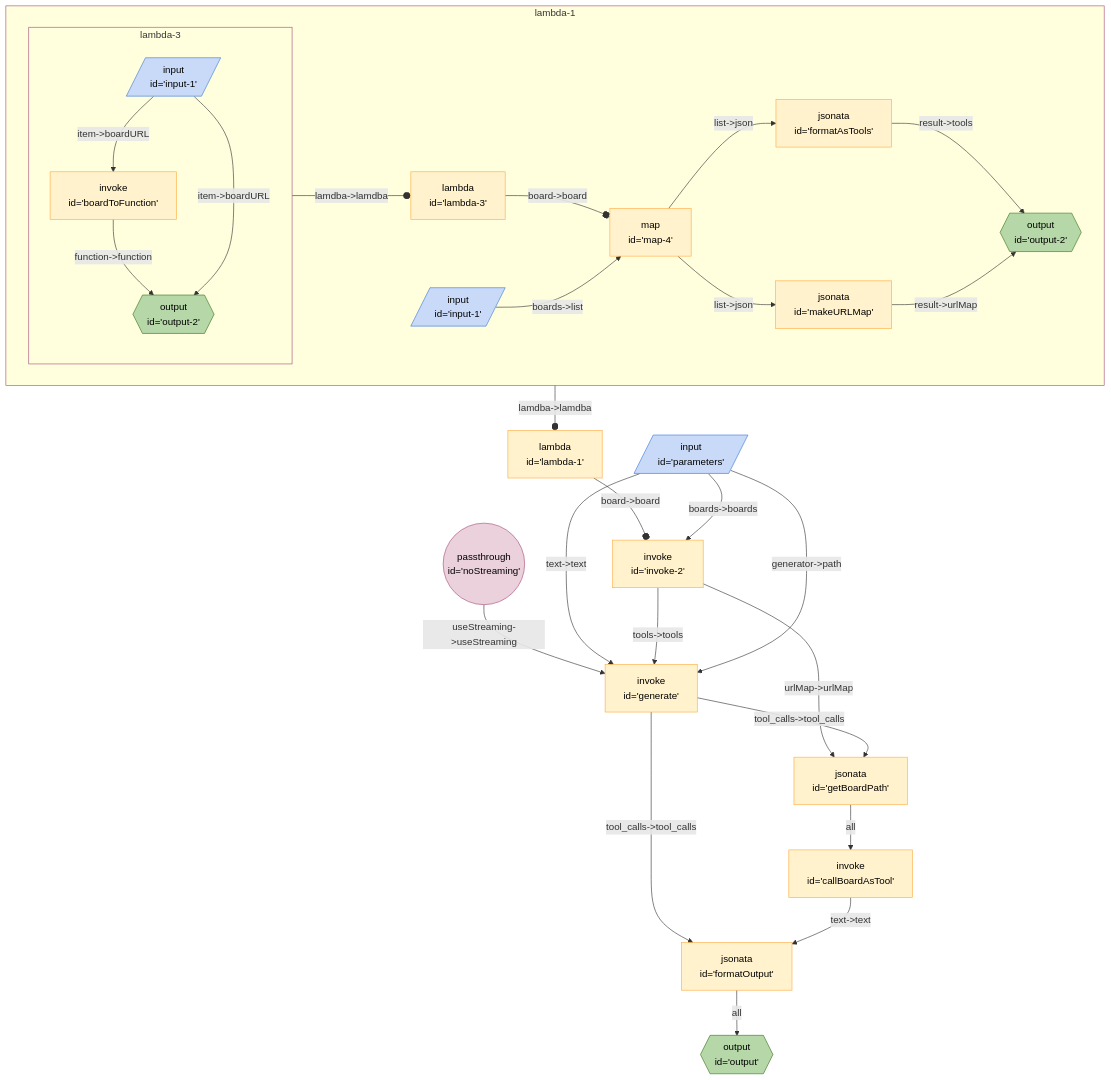
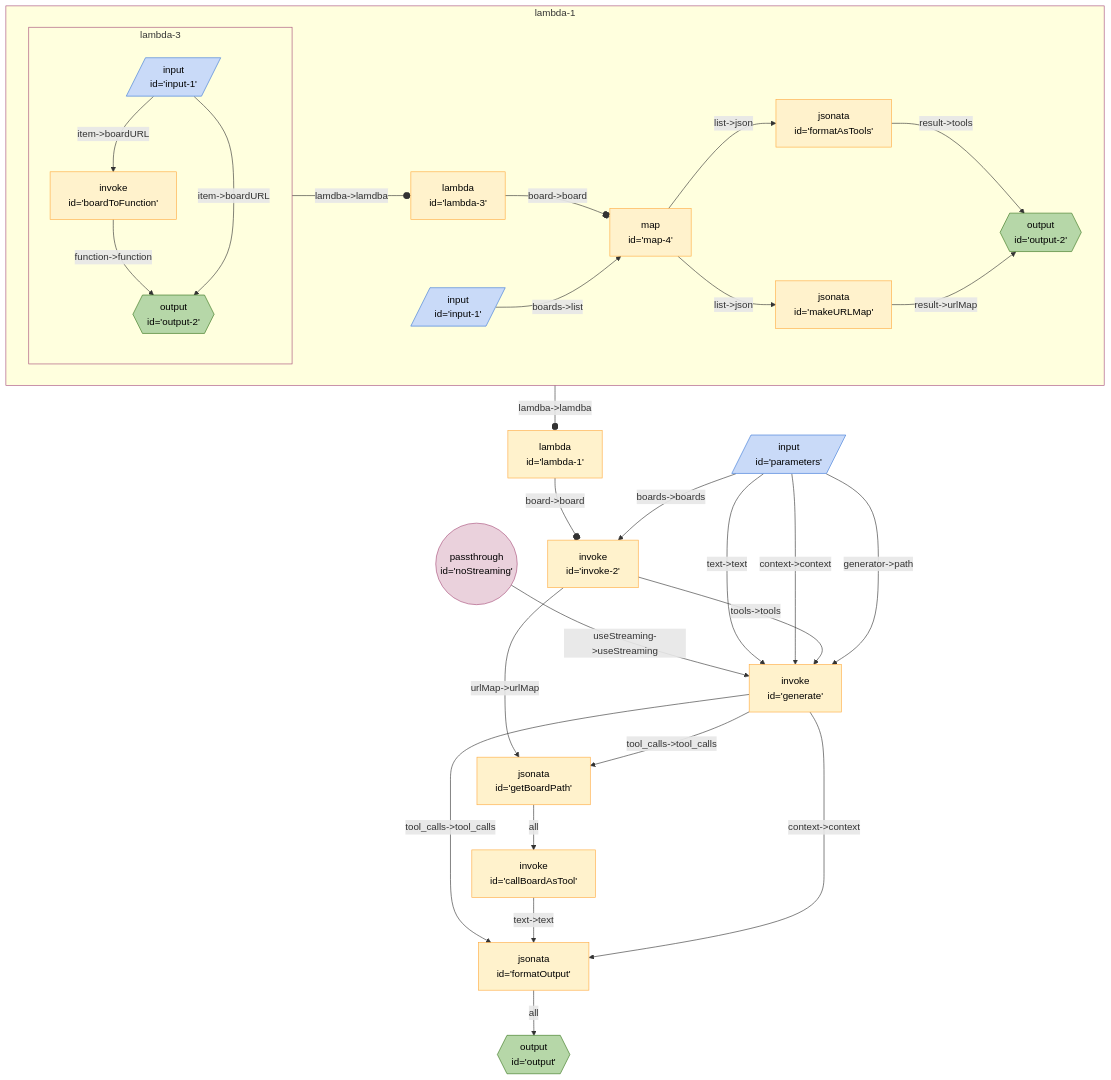
The diagram in seeds/breadboard-web/docs/graphs/board-caller.md (breadboard-ai/breadboard), drawn with Mermaid before and after one commit. The commit also changed 5 other files, not shown here.

````diff
--- a/seeds/breadboard-web/docs/graphs/board-caller.md
+++ b/seeds/breadboard-web/docs/graphs/board-caller.md
@@ -3,41 +3,43 @@
 ```mermaid
 %%{init: 'themeVariables': { 'fontFamily': 'Fira Code, monospace' }}%%
 graph TD;
 lambda1["lambda <br> id='lambda-1'"] -- "board->board" --o invoke2["invoke <br> id='invoke-2'"]
 subgraph sg_lambda1 [lambda-1]
 lambda1_lambda3["lambda <br> id='lambda-3'"] -- "board->board" --o lambda1_map4["map <br> id='map-4'"]
 subgraph sg_lambda3 [lambda-3]
 lambda1_lambda3_boardToFunction["invoke <br> id='boardToFunction'"] -- "function->function" --> lambda1_lambda3_output2{{"output <br> id='output-2'"}}:::output
 lambda1_lambda3_input1[/"input <br> id='input-1'"/]:::input -- "item->boardURL" --> lambda1_lambda3_boardToFunction["invoke <br> id='boardToFunction'"]
 lambda1_lambda3_input1[/"input <br> id='input-1'"/]:::input -- "item->boardURL" --> lambda1_lambda3_output2{{"output <br> id='output-2'"}}:::output
 end
 sg_lambda3:::slotted -- "lamdba->lamdba" --o lambda1_lambda3
 
 lambda1_formatAsTools["jsonata <br> id='formatAsTools'"] -- "result->tools" --> lambda1_output2{{"output <br> id='output-2'"}}:::output
 lambda1_map4["map <br> id='map-4'"] -- "list->json" --> lambda1_formatAsTools["jsonata <br> id='formatAsTools'"]
 lambda1_makeURLMap["jsonata <br> id='makeURLMap'"] -- "result->urlMap" --> lambda1_output2{{"output <br> id='output-2'"}}:::output
 lambda1_map4["map <br> id='map-4'"] -- "list->json" --> lambda1_makeURLMap["jsonata <br> id='makeURLMap'"]
 lambda1_input1[/"input <br> id='input-1'"/]:::input -- "boards->list" --> lambda1_map4["map <br> id='map-4'"]
 end
 sg_lambda1:::slotted -- "lamdba->lamdba" --o lambda1
 
 noStreaming(("passthrough <br> id='noStreaming'")):::passthrough -- "useStreaming->useStreaming" --> generate["invoke <br> id='generate'"]
 generate["invoke <br> id='generate'"] -- "tool_calls->tool_calls" --> formatOutput["jsonata <br> id='formatOutput'"]
 parameters[/"input <br> id='parameters'"/]:::input -- "text->text" --> generate["invoke <br> id='generate'"]
+parameters[/"input <br> id='parameters'"/]:::input -- "context->context" --> generate["invoke <br> id='generate'"]
 invoke2["invoke <br> id='invoke-2'"] -- "tools->tools" --> generate["invoke <br> id='generate'"]
 invoke2["invoke <br> id='invoke-2'"] -- "urlMap->urlMap" --> getBoardPath["jsonata <br> id='getBoardPath'"]
 parameters[/"input <br> id='parameters'"/]:::input -- "boards->boards" --> invoke2["invoke <br> id='invoke-2'"]
 formatOutput["jsonata <br> id='formatOutput'"] -- all --> output{{"output <br> id='output'"}}:::output
 callBoardAsTool["invoke <br> id='callBoardAsTool'"] -- "text->text" --> formatOutput["jsonata <br> id='formatOutput'"]
 getBoardPath["jsonata <br> id='getBoardPath'"] -- all --> callBoardAsTool["invoke <br> id='callBoardAsTool'"]
 generate["invoke <br> id='generate'"] -- "tool_calls->tool_calls" --> getBoardPath["jsonata <br> id='getBoardPath'"]
+generate["invoke <br> id='generate'"] -- "context->context" --> formatOutput["jsonata <br> id='formatOutput'"]
 parameters[/"input <br> id='parameters'"/]:::input -- "generator->path" --> generate["invoke <br> id='generate'"]
 classDef default stroke:#ffab40,fill:#fff2ccff,color:#000
 classDef input stroke:#3c78d8,fill:#c9daf8ff,color:#000
 classDef output stroke:#38761d,fill:#b6d7a8ff,color:#000
 classDef passthrough stroke:#a64d79,fill:#ead1dcff,color:#000
 classDef slot stroke:#a64d79,fill:#ead1dcff,color:#000
 classDef config stroke:#a64d79,fill:#ead1dcff,color:#000
 classDef secrets stroke:#db4437,fill:#f4cccc,color:#000
 classDef slotted stroke:#a64d79
 ```
````
